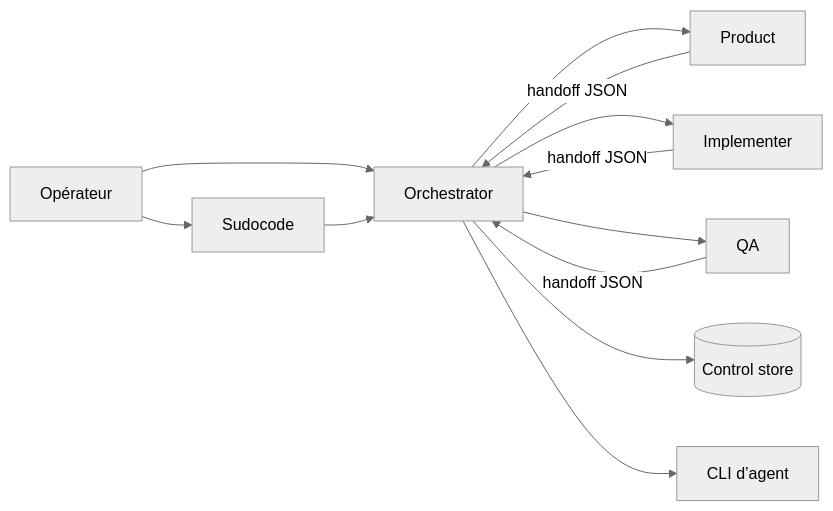
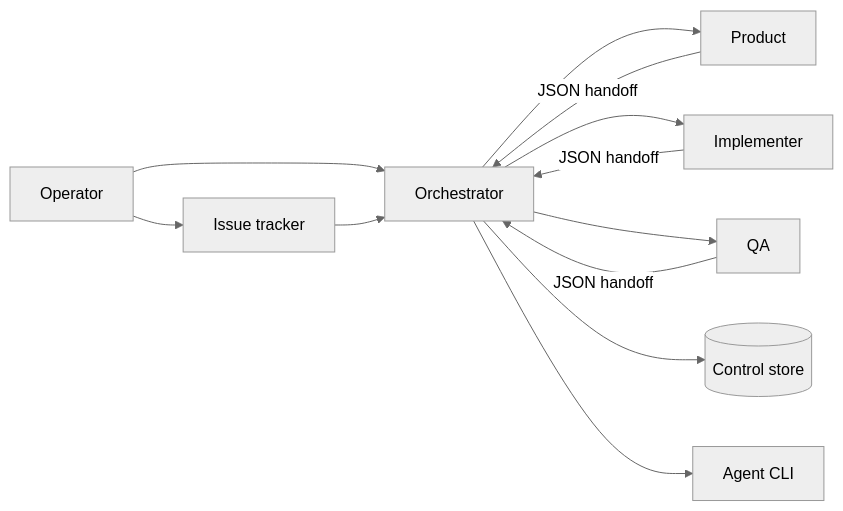
Before and after one commit to HerbertCodex/herbertcodex.github.io: the diagram in agent-pipeline/README.md, drawn with Mermaid (neutral theme). The commit also changed other lines of this file and 123 other files, not shown here.

````diff
--- a/agent-pipeline/README.md
+++ b/agent-pipeline/README.md
@@ -24,14 +28,14 @@
-~~~mermaid
+```mermaid
 flowchart LR
-    U[Opérateur] --> O[Orchestrator]
-    U --> S[Sudocode]
-    S --> O
+    U[Operator] --> O[Orchestrator]
+    U --> T[Issue tracker]
+    T --> O
     O --> P[Product]
     O --> I[Implementer]
     O --> Q[QA]
-    P -->|handoff JSON| O
-    I -->|handoff JSON| O
-    Q -->|handoff JSON| O
+    P -->|JSON handoff| O
+    I -->|JSON handoff| O
+    Q -->|JSON handoff| O
     O --> C[(Control store)]
-    O --> R[CLI d’agent]
-~~~
+    O --> R[Agent CLI]
+```
````
